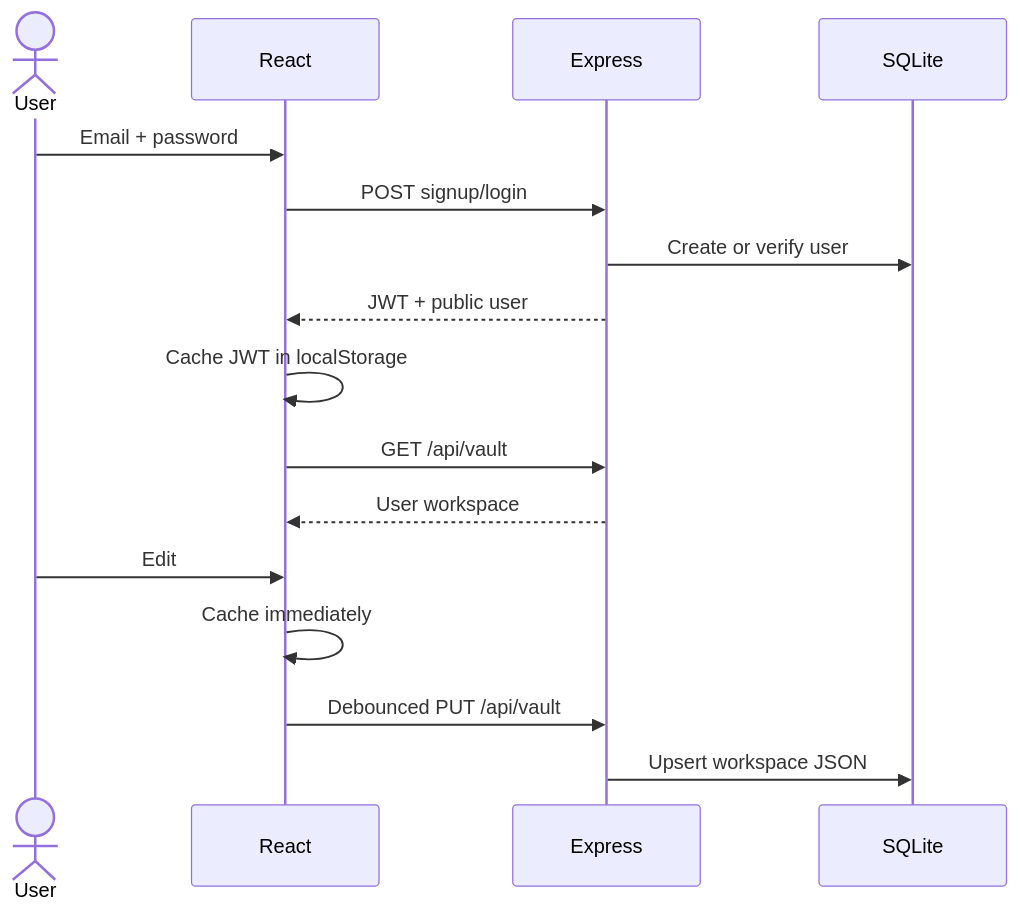
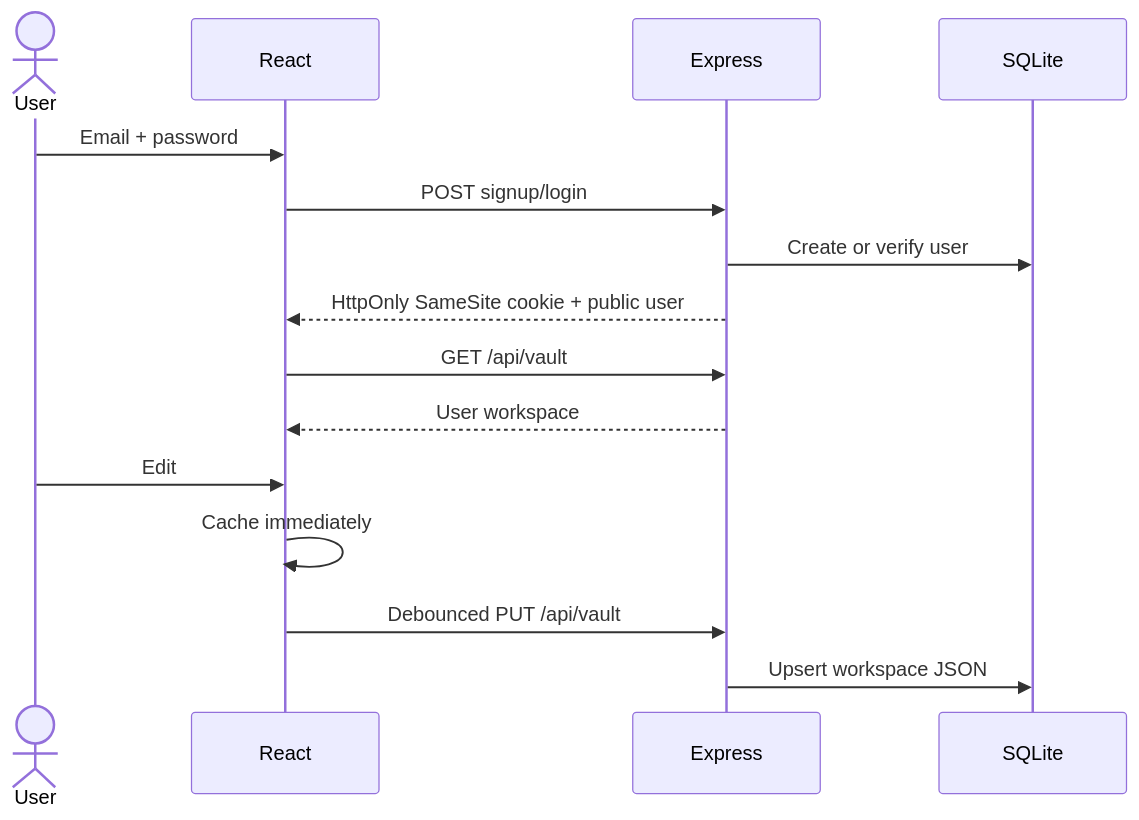
Before and after one commit to Akiirolabs/IOVault: the diagram in docs/server-and-auth.md, drawn with Mermaid. The commit also changed other lines of this file and 25 other files, not shown here.

Commit message:
Replace browser-stored JWTs with HttpOnly cookie sessions and CSRF-protected API requests.Replace automatic vault sharing with explicit bounded page-level AI context.

````diff
--- a/docs/server-and-auth.md
+++ b/docs/server-and-auth.md
@@ -18,18 +18,17 @@
 ```mermaid
 sequenceDiagram
   actor U as User
   participant R as React
   participant A as Express
   participant D as SQLite
   U->>R: Email + password
   R->>A: POST signup/login
   A->>D: Create or verify user
-  A-->>R: JWT + public user
-  R->>R: Cache JWT in localStorage
+  A-->>R: HttpOnly SameSite cookie + public user
   R->>A: GET /api/vault
   A-->>R: User workspace
   U->>R: Edit
   R->>R: Cache immediately
   R->>A: Debounced PUT /api/vault
   A->>D: Upsert workspace JSON
 ```
````
